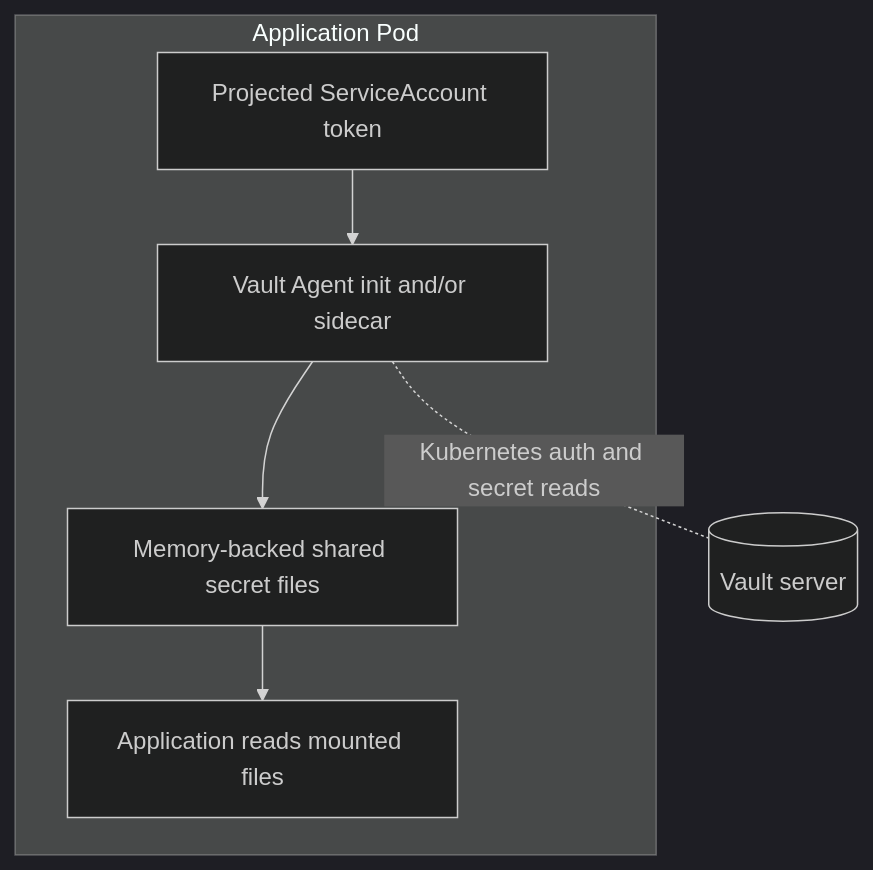
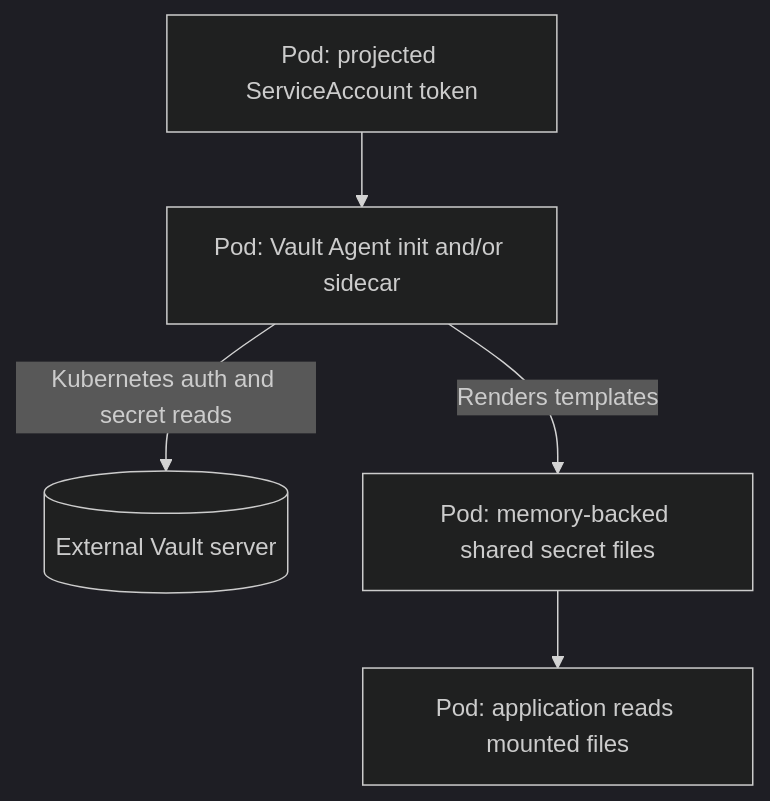
Before and after one commit to DadiAnas/vault-renderer: the second of 2 diagrams in ARCHITECTURE.md, drawn with Mermaid (dark theme).

Commit message:
docs: simplify runtime architecture branch

````diff
--- a/ARCHITECTURE.md
+++ b/ARCHITECTURE.md
@@ -43,9 +43,7 @@
 ```mermaid
 flowchart TD
-    subgraph pod[Application Pod]
-        token[Projected ServiceAccount token] --> agent[Vault Agent init and/or sidecar]
-        agent --> files[Memory-backed shared secret files]
-        files --> app[Application reads mounted files]
-    end
-    agent -.-|Kubernetes auth and secret reads| vault[(Vault server)]
+    token[Pod: projected ServiceAccount token] --> agent[Pod: Vault Agent init and/or sidecar]
+    agent -->|Kubernetes auth and secret reads| vault[(External Vault server)]
+    agent -->|Renders templates| files[Pod: memory-backed shared secret files]
+    files --> app[Pod: application reads mounted files]
 ```
````
